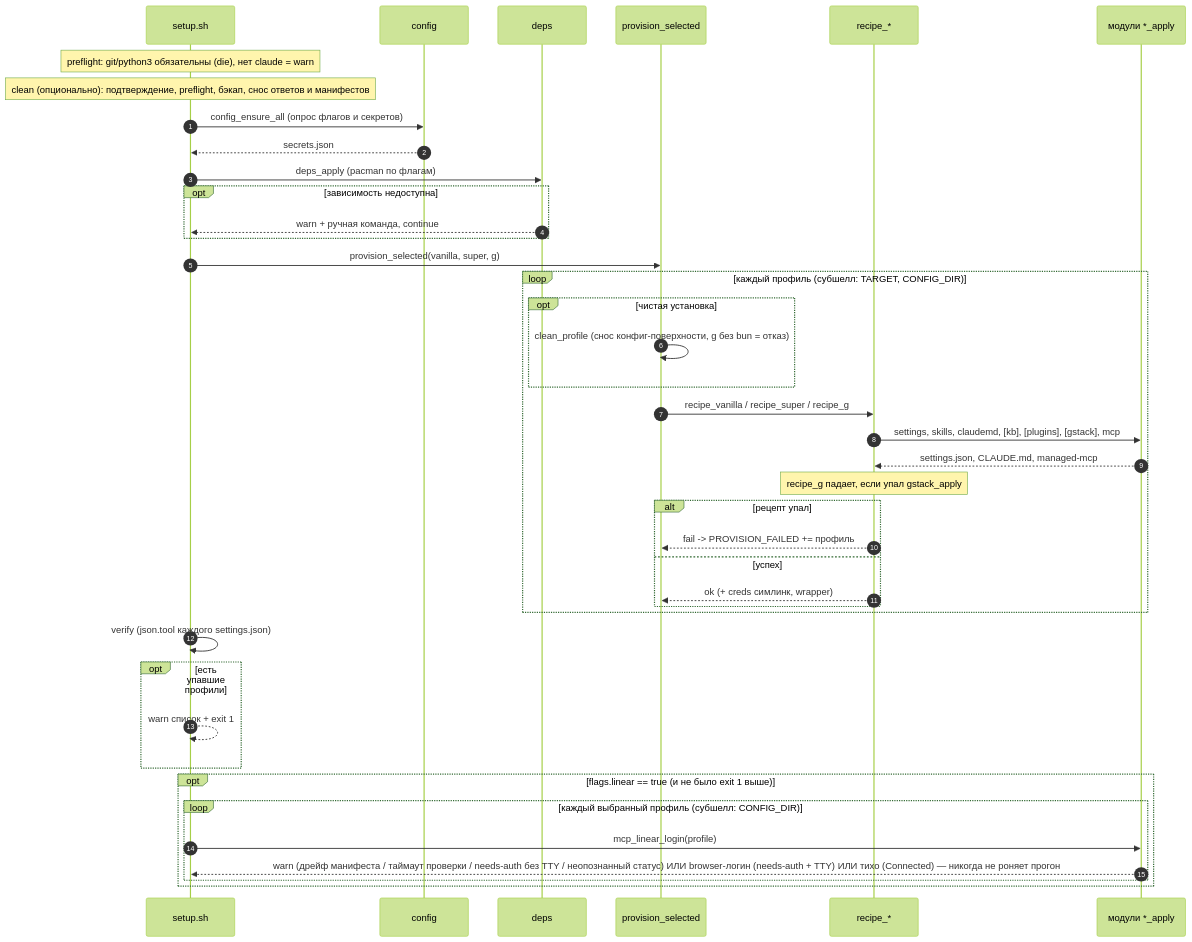
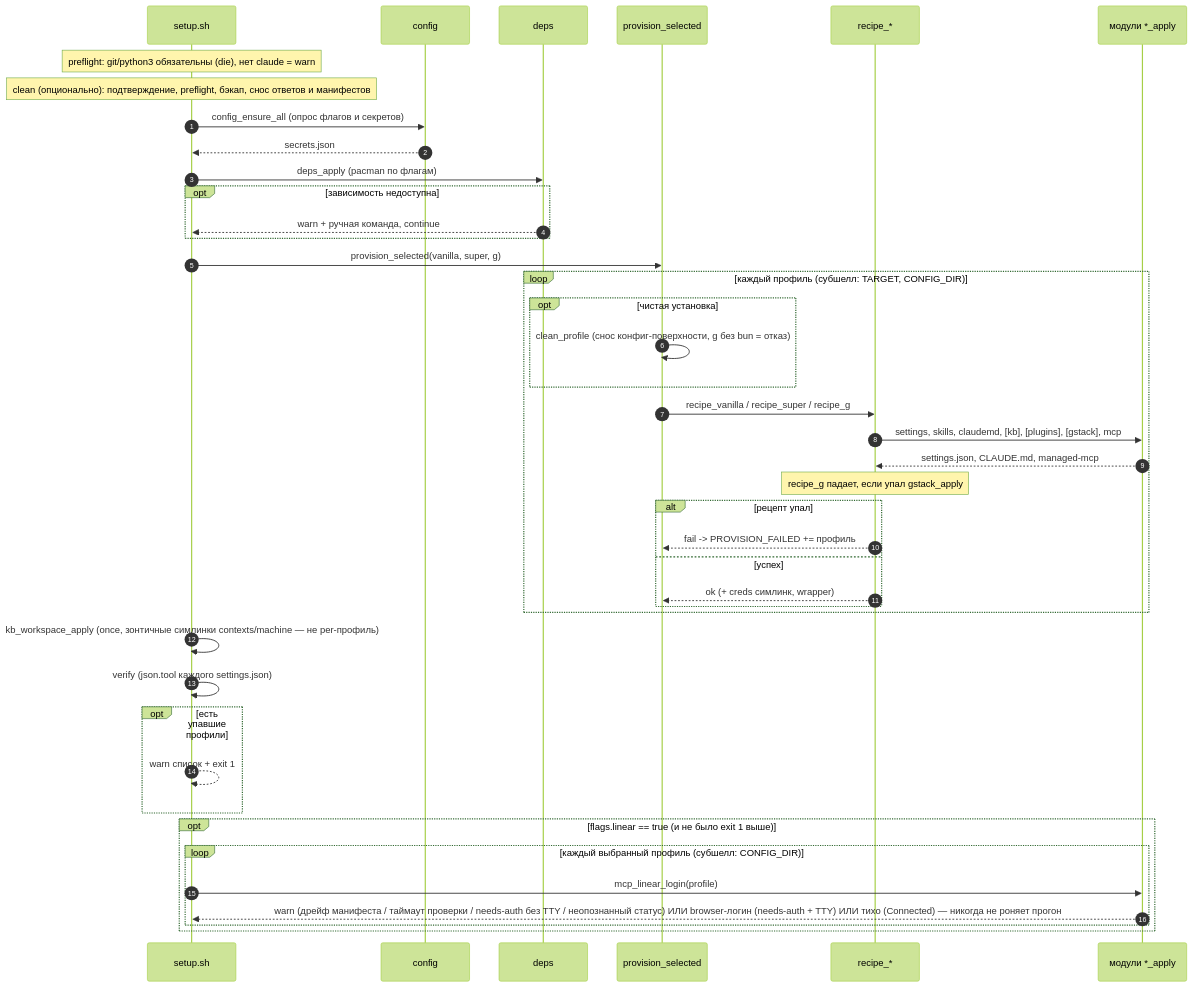
Before and after one commit to stpntkhnv/claudefiles: the third of 4 diagrams in docs/architecture.md, drawn with Mermaid (forest theme). The commit also changed other lines of this file and 4 other files, not shown here.

Commit message:
docs(kb): слои contexts и machine, новые ключи, fail-fast в контейнере

````diff
--- a/docs/architecture.md
+++ b/docs/architecture.md
@@ -81,43 +81,44 @@
 ```mermaid
 sequenceDiagram
   autonumber
   participant U as setup.sh
   participant C as config
   participant D as deps
   participant P as provision_selected
   participant R as recipe_*
   participant M as модули *_apply
   Note over U: preflight: git/python3 обязательны (die), нет claude = warn
   Note over U: clean (опционально): подтверждение, preflight, бэкап, снос ответов и манифестов
   U->>C: config_ensure_all (опрос флагов и секретов)
   C-->>U: secrets.json
   U->>D: deps_apply (pacman по флагам)
   opt зависимость недоступна
     D-->>U: warn + ручная команда, continue
   end
   U->>P: provision_selected(vanilla, super, g)
   loop каждый профиль (субшелл: TARGET, CONFIG_DIR)
     opt чистая установка
       P->>P: clean_profile (снос конфиг-поверхности, g без bun = отказ)
     end
     P->>R: recipe_vanilla / recipe_super / recipe_g
     R->>M: settings, skills, claudemd, [kb], [plugins], [gstack], mcp
     M-->>R: settings.json, CLAUDE.md, managed-mcp
     Note over R: recipe_g падает, если упал gstack_apply
     alt рецепт упал
       R-->>P: fail -> PROVISION_FAILED += профиль
     else успех
       R-->>P: ok (+ creds симлинк, wrapper)
     end
   end
+  U->>U: kb_workspace_apply (once, зонтичные симлинки contexts/machine — не per-профиль)
   U->>U: verify (json.tool каждого settings.json)
   opt есть упавшие профили
     U-->>U: warn список + exit 1
   end
   opt flags.linear == true (и не было exit 1 выше)
     loop каждый выбранный профиль (субшелл: CONFIG_DIR)
       U->>M: mcp_linear_login(profile)
       M-->>U: warn (дрейф манифеста / таймаут проверки / needs-auth без TTY / неопознанный статус) ИЛИ browser-логин (needs-auth + TTY) ИЛИ тихо (Connected) — никогда не роняет прогон
     end
   end
 ```
````
